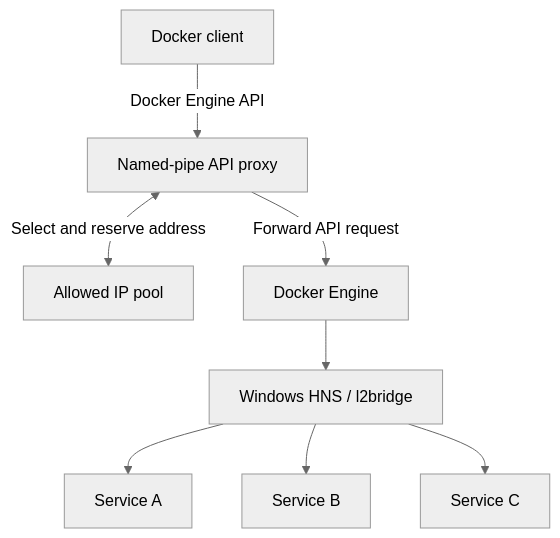
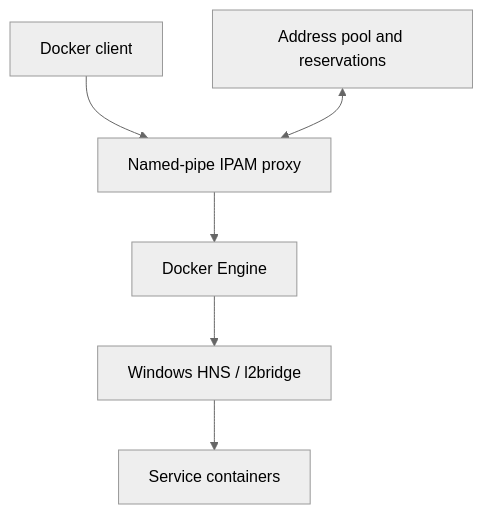
The first of 3 diagrams in src/content/blog/2026-11-19-an-ipam-proxy-for-docker-on-windows.md (tiendu/tiendu.github.io), drawn with Mermaid (neutral theme) before and after one commit. The commit also changed other lines of this file, not shown here.

````diff
--- a/src/content/blog/2026-11-19-an-ipam-proxy-for-docker-on-windows.md
+++ b/src/content/blog/2026-11-19-an-ipam-proxy-for-docker-on-windows.md
@@ -74,22 +71,10 @@
 ```mermaid
 flowchart TB
-    accTitle: An IPAM proxy between Docker clients and Docker Engine
-    accDescr: A Docker client sends an API request to a named-pipe proxy. The proxy selects an address for managed networks and forwards the request to Docker Engine, which works with HNS to create the endpoint.
-
-    Client["Docker client"]
-    Proxy["Named-pipe API proxy"]
-    Pool["Allowed IP pool"]
-    Engine["Docker Engine"]
-    HNS["Windows HNS / l2bridge"]
-    A["Service A"]
-    B["Service B"]
-    C["Service C"]
-
-    Client -->|"Docker Engine API"| Proxy
-    Proxy <-->|"Select and reserve address"| Pool
-    Proxy -->|"Forward API request"| Engine
-    Engine --> HNS
-    HNS --> A
-    HNS --> B
-    HNS --> C
+    accTitle: First design using a Docker Engine API proxy
+    accDescr: The proxy chooses and reserves an address, modifies a Docker API request, and forwards it to Docker Engine; Docker Engine and HNS manage the endpoint.
+    Client["Docker client"] --> Proxy["Named-pipe IPAM proxy"]
+    Pool["Address pool and reservations"] <--> Proxy
+    Proxy --> Engine["Docker Engine"]
+    Engine --> HNS["Windows HNS / l2bridge"]
+    HNS --> Containers["Service containers"]
 ```
````
